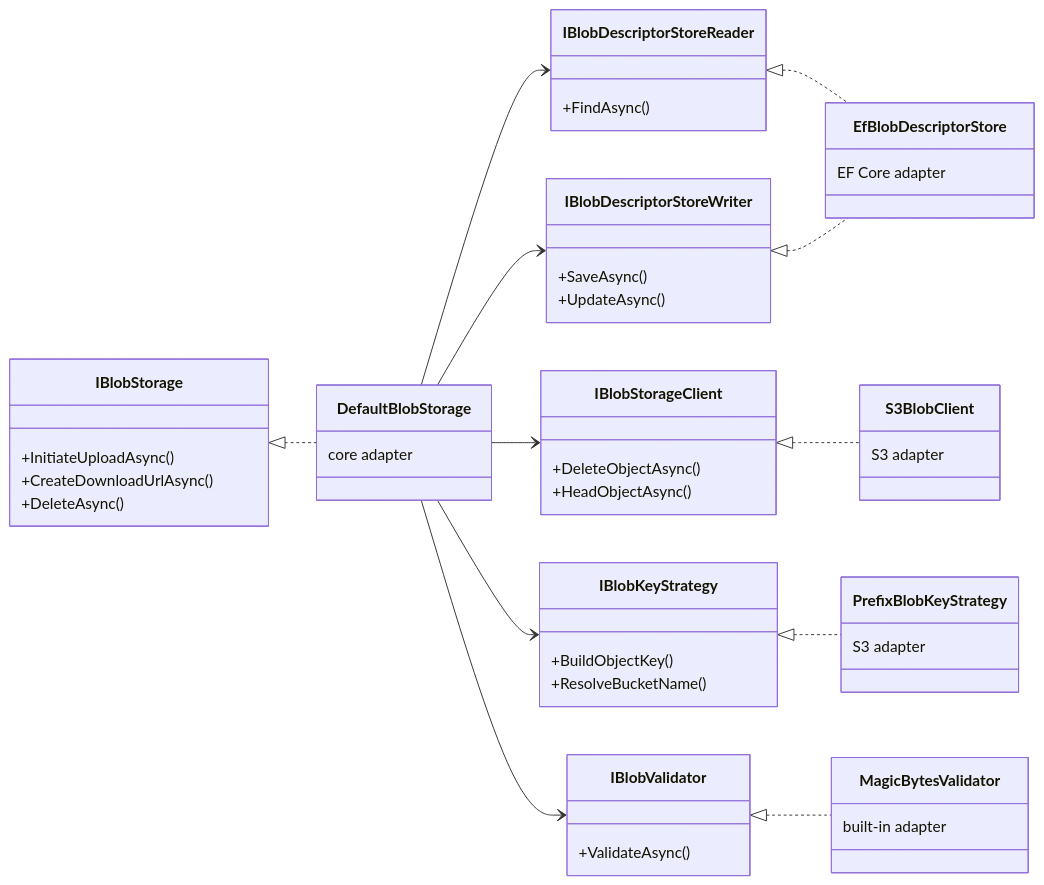
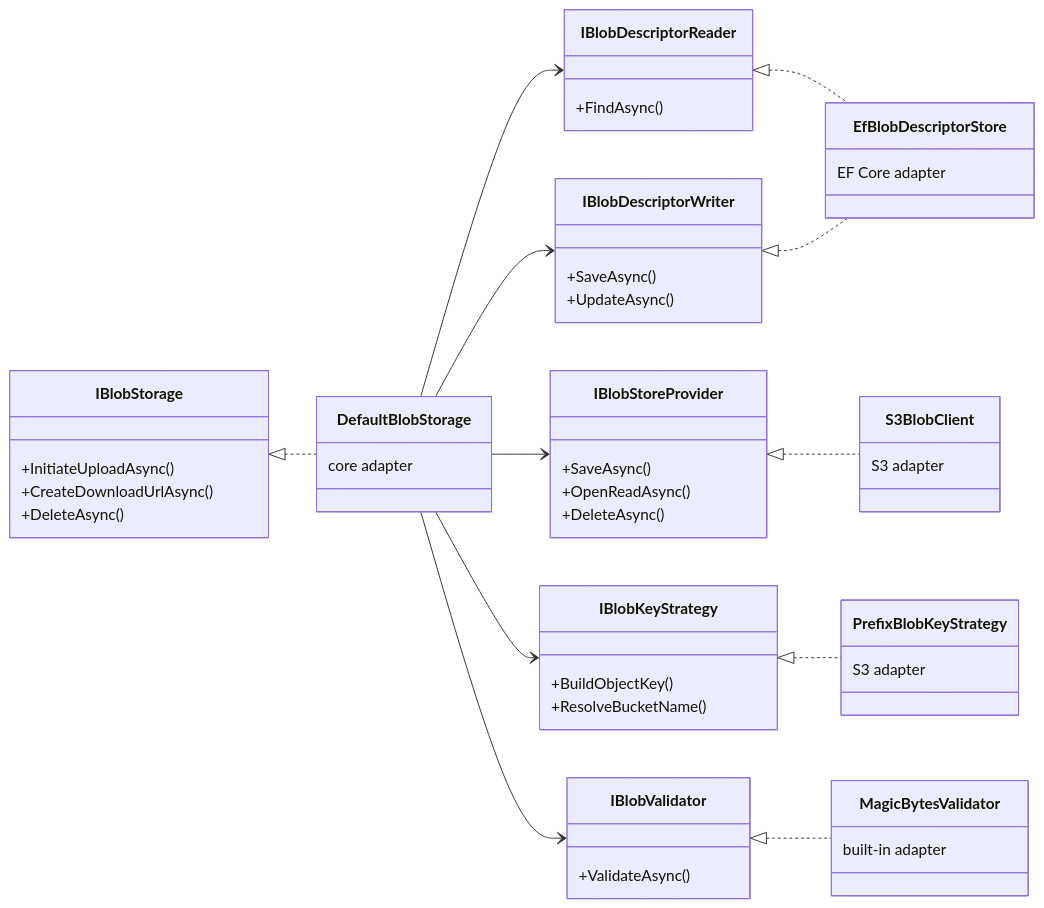
The diagram in src/content/docs/dotnet/architecture/patterns/hexagonal-architecture.md (granit-fx/granit-docs), drawn with Mermaid before and after one commit. The commit also changed other lines of this file and 105 other files, not shown here.

````diff
--- a/src/content/docs/dotnet/architecture/patterns/hexagonal-architecture.md
+++ b/src/content/docs/dotnet/architecture/patterns/hexagonal-architecture.md
@@ -24,66 +24,67 @@
 ```mermaid
 classDiagram
     direction LR
 
     class IBlobStorage {
         +InitiateUploadAsync()
         +CreateDownloadUrlAsync()
         +DeleteAsync()
     }
 
-    class IBlobDescriptorStoreReader {
+    class IBlobDescriptorReader {
         +FindAsync()
     }
 
-    class IBlobDescriptorStoreWriter {
+    class IBlobDescriptorWriter {
         +SaveAsync()
         +UpdateAsync()
     }
 
-    class IBlobStorageClient {
-        +DeleteObjectAsync()
-        +HeadObjectAsync()
+    class IBlobStoreProvider {
+        +SaveAsync()
+        +OpenReadAsync()
+        +DeleteAsync()
     }
 
     class IBlobKeyStrategy {
         +BuildObjectKey()
         +ResolveBucketName()
     }
 
     class IBlobValidator {
         +ValidateAsync()
     }
 
     class DefaultBlobStorage {
         core adapter
     }
 
     class EfBlobDescriptorStore {
         EF Core adapter
     }
 
     class S3BlobClient {
         S3 adapter
     }
 
     class PrefixBlobKeyStrategy {
         S3 adapter
     }
 
     class MagicBytesValidator {
         built-in adapter
     }
 
     IBlobStorage <|.. DefaultBlobStorage
-    DefaultBlobStorage --> IBlobDescriptorStoreReader
-    DefaultBlobStorage --> IBlobDescriptorStoreWriter
-    DefaultBlobStorage --> IBlobStorageClient
+    DefaultBlobStorage --> IBlobDescriptorReader
+    DefaultBlobStorage --> IBlobDescriptorWriter
+    DefaultBlobStorage --> IBlobStoreProvider
     DefaultBlobStorage --> IBlobKeyStrategy
     DefaultBlobStorage --> IBlobValidator
 
-    IBlobDescriptorStoreReader <|.. EfBlobDescriptorStore
-    IBlobDescriptorStoreWriter <|.. EfBlobDescriptorStore
-    IBlobStorageClient <|.. S3BlobClient
+    IBlobDescriptorReader <|.. EfBlobDescriptorStore
+    IBlobDescriptorWriter <|.. EfBlobDescriptorStore
+    IBlobStoreProvider <|.. S3BlobClient
     IBlobKeyStrategy <|.. PrefixBlobKeyStrategy
     IBlobValidator <|.. MagicBytesValidator
 ```
````
